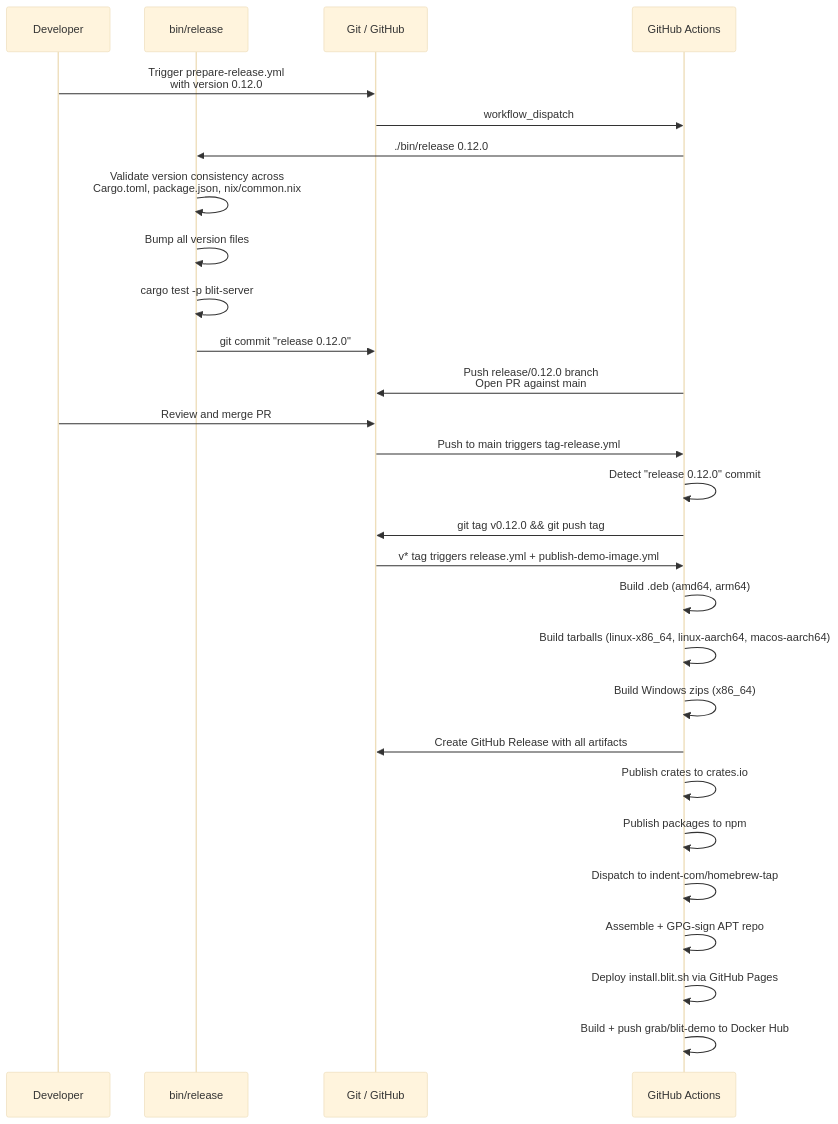
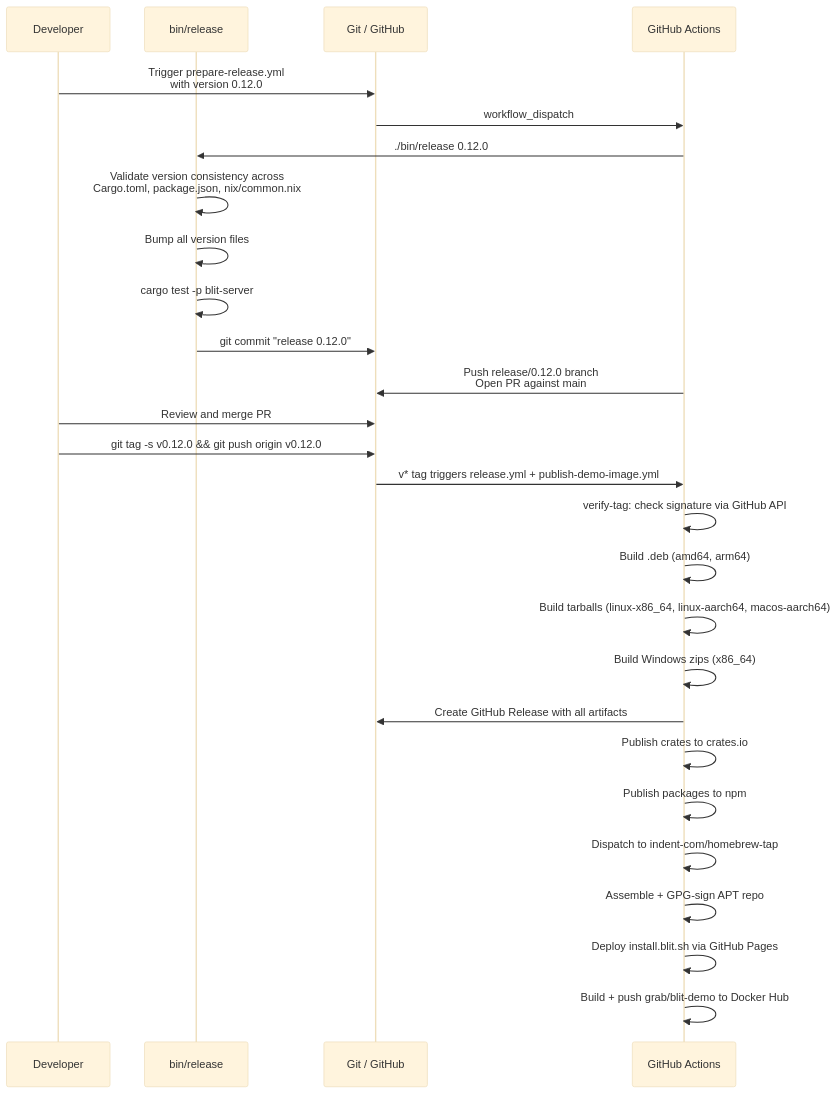
Before and after one commit to indent-com/blit: the eighth of 8 diagrams in SERVICES.md, drawn with Mermaid (base theme). The commit also changed other lines of this file and 3 other files, not shown here.

First line of the commit message:
Remove automatic tag-release workflow; require signed tags for releases.

````diff
--- a/SERVICES.md
+++ b/SERVICES.md
@@ -319,32 +310,31 @@
 ```mermaid
 sequenceDiagram
     participant Dev as Developer
     participant Rel as bin/release
     participant Git as Git / GitHub
     participant CI as GitHub Actions
 
     Dev->>Git: Trigger prepare-release.yml<br>with version 0.12.0
     Git->>CI: workflow_dispatch
     CI->>Rel: ./bin/release 0.12.0
     Rel->>Rel: Validate version consistency across<br>Cargo.toml, package.json, nix/common.nix
     Rel->>Rel: Bump all version files
     Rel->>Rel: cargo test -p blit-server
     Rel->>Git: git commit "release 0.12.0"
     CI->>Git: Push release/0.12.0 branch<br>Open PR against main
     Dev->>Git: Review and merge PR
-    Git->>CI: Push to main triggers tag-release.yml
-    CI->>CI: Detect "release 0.12.0" commit
-    CI->>Git: git tag v0.12.0 && git push tag
+    Dev->>Git: git tag -s v0.12.0 && git push origin v0.12.0
     Git->>CI: v* tag triggers release.yml + publish-demo-image.yml
+    CI->>CI: verify-tag: check signature via GitHub API
 
     CI->>CI: Build .deb (amd64, arm64)
     CI->>CI: Build tarballs (linux-x86_64, linux-aarch64, macos-aarch64)
     CI->>CI: Build Windows zips (x86_64)
     CI->>Git: Create GitHub Release with all artifacts
     CI->>CI: Publish crates to crates.io
     CI->>CI: Publish packages to npm
     CI->>CI: Dispatch to indent-com/homebrew-tap
     CI->>CI: Assemble + GPG-sign APT repo
     CI->>CI: Deploy install.blit.sh via GitHub Pages
     CI->>CI: Build + push grab/blit-demo to Docker Hub
 ```
````
